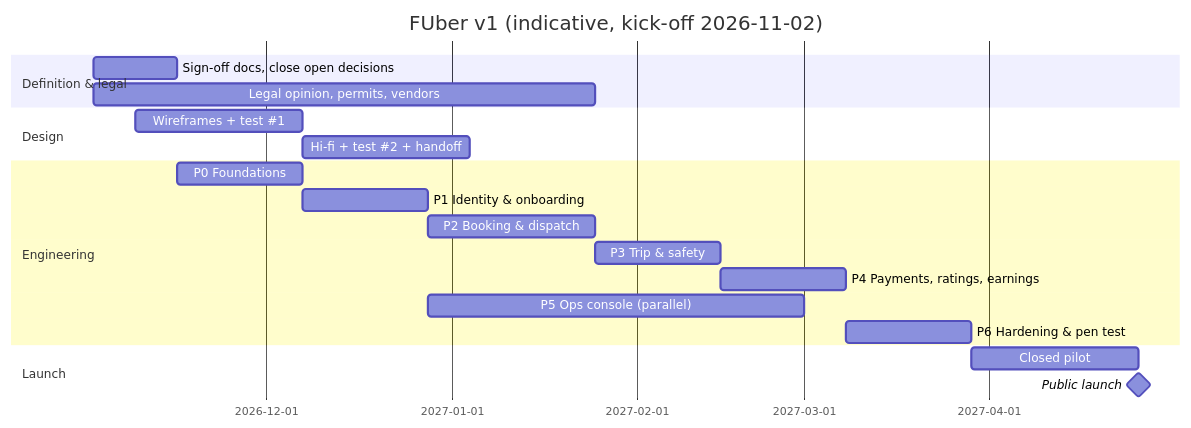
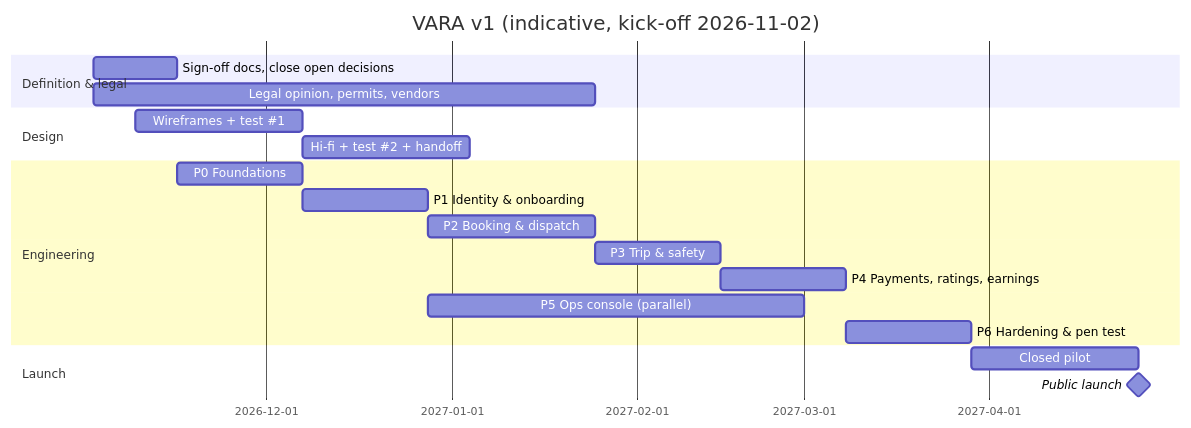
One commit to Paavo12/VARA changed the diagram in docs/06-implementation-plan.md. Above: the diagram before and after it, drawn with Mermaid. The commit also changed other lines of this file and 73 other files, not shown here.

First line of the commit message:
Rename the product from FUber to VARA

````diff
--- a/docs/06-implementation-plan.md
+++ b/docs/06-implementation-plan.md
@@ -29,22 +29,22 @@
 ```mermaid
 gantt
   dateFormat YYYY-MM-DD
-  title FUber v1 (indicative, kick-off 2026-11-02)
+  title VARA v1 (indicative, kick-off 2026-11-02)
   section Definition & legal
   Sign-off docs, close open decisions :a0, 2026-11-02, 2w
   Legal opinion, permits, vendors     :a1, 2026-11-02, 12w
   section Design
   Wireframes + test #1                :d1, 2026-11-09, 4w
   Hi-fi + test #2 + handoff           :d2, after d1, 4w
   section Engineering
   P0 Foundations                      :p0, 2026-11-16, 3w
   P1 Identity & onboarding            :p1, after p0, 3w
   P2 Booking & dispatch               :p2, after p1, 4w
   P3 Trip & safety                    :p3, after p2, 3w
   P4 Payments, ratings, earnings      :p4, after p3, 3w
   P5 Ops console (parallel)           :p5, after p1, 9w
   P6 Hardening & pen test             :p6, after p4, 3w
   section Launch
   Closed pilot                        :pl, after p6, 4w
   Public launch                       :milestone, m1, after pl, 0d
 ```
````
